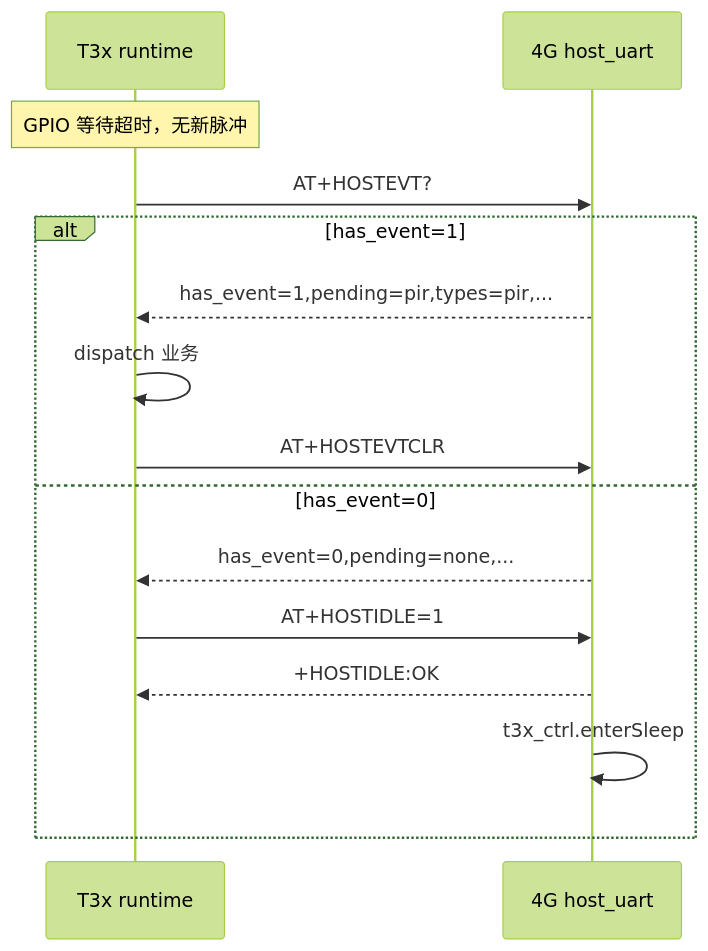
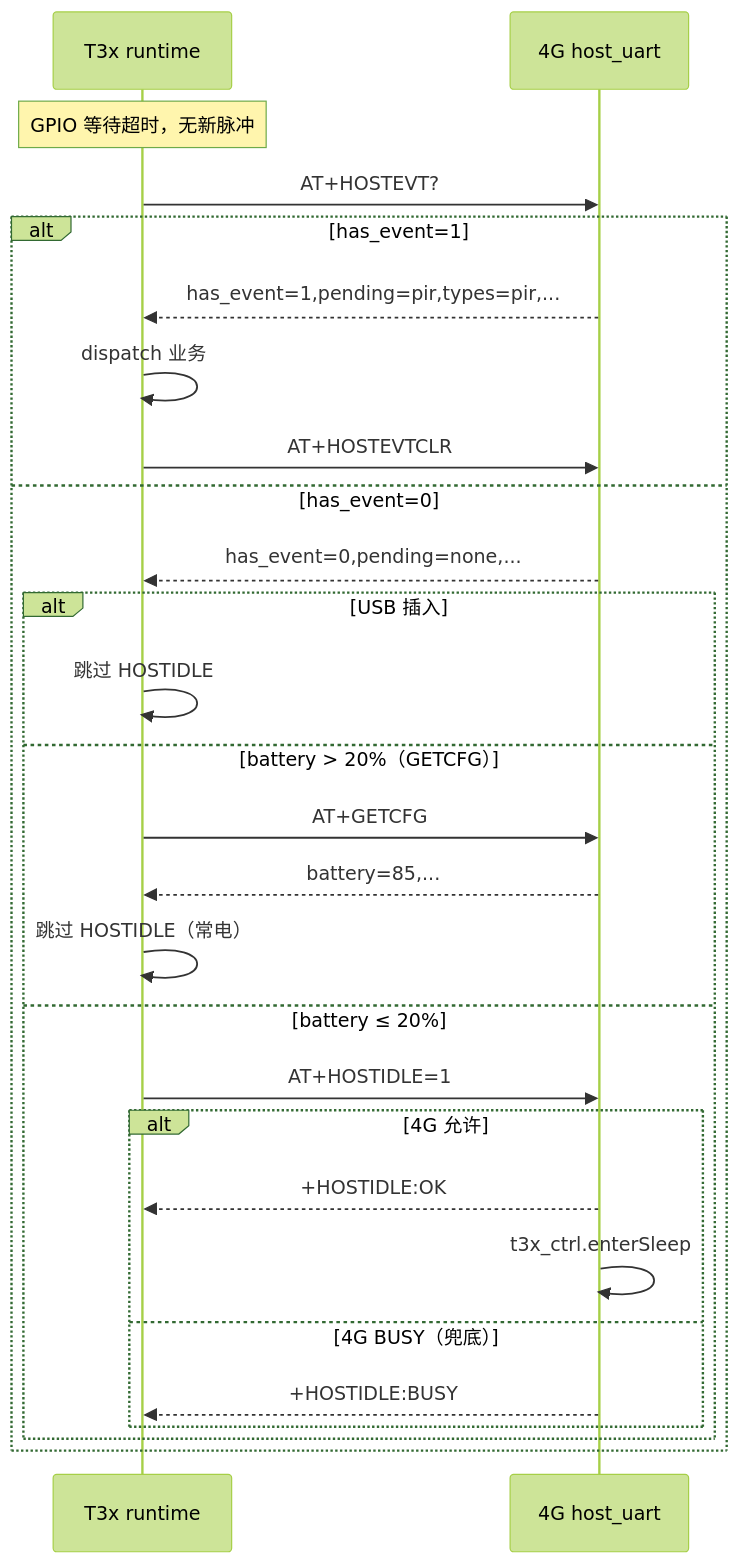
One commit to dzr1986/AIR780EHM changed the second of 2 diagrams in doc/T3X_HOSTEVT_SLEEP.md. Above: the diagram before and after it, drawn with Mermaid (forest theme). The commit also changed other lines of this file and 69 other files, not shown here.

````diff
--- a/doc/T3X_HOSTEVT_SLEEP.md
+++ b/doc/T3X_HOSTEVT_SLEEP.md
@@ -282,18 +290,30 @@
 ```mermaid
 sequenceDiagram
     participant T as T3x runtime
     participant G as 4G host_uart
 
     Note over T: GPIO 等待超时，无新脉冲
     T->>G: AT+HOSTEVT?
     alt has_event=1
         G-->>T: has_event=1,pending=pir,types=pir,...
         T->>T: dispatch 业务
         T->>G: AT+HOSTEVTCLR
     else has_event=0
         G-->>T: has_event=0,pending=none,...
-        T->>G: AT+HOSTIDLE=1
-        G-->>T: +HOSTIDLE:OK
-        G->>G: t3x_ctrl.enterSleep
+        alt USB 插入
+            T->>T: 跳过 HOSTIDLE
+        else battery > 20%（GETCFG）
+            T->>G: AT+GETCFG
+            G-->>T: battery=85,...
+            T->>T: 跳过 HOSTIDLE（常电）
+        else battery ≤ 20%
+            T->>G: AT+HOSTIDLE=1
+            alt 4G 允许
+                G-->>T: +HOSTIDLE:OK
+                G->>G: t3x_ctrl.enterSleep
+            else 4G BUSY（兜底）
+                G-->>T: +HOSTIDLE:BUSY
+            end
+        end
     end
 ```
````
